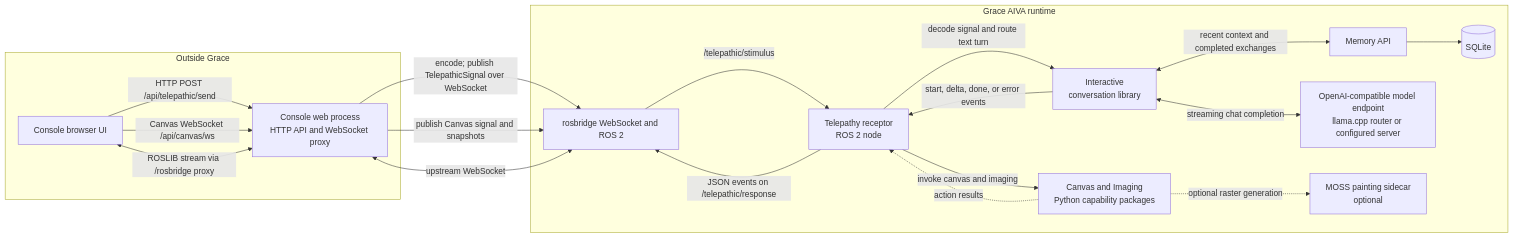
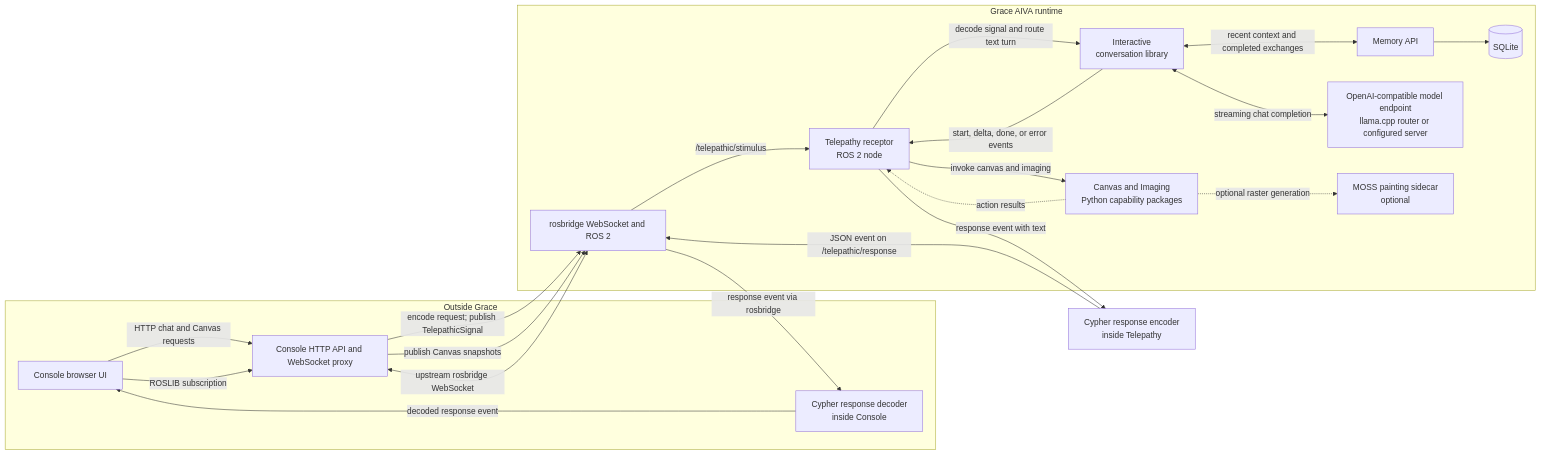
Before and after one commit to OppaAI/AGi: the first of 2 diagrams in docs/ARCHITECTURE.md, drawn with Mermaid. The commit also changed other lines of this file and 2 other files, not shown here.

Commit message:
docs: map encoded Telepathy response flow

````diff
--- a/docs/ARCHITECTURE.md
+++ b/docs/ARCHITECTURE.md
@@ -13,35 +15,38 @@
 ```mermaid
 flowchart LR
   subgraph Outside[Outside Grace]
     Browser[Console browser UI]
-    Console[Console web process<br/>HTTP API and WebSocket proxy]
+    Console[Console HTTP API and WebSocket proxy]
+    ResponseDecoder[Cypher response decoder<br/>inside Console]
   end
 
   subgraph Runtime[Grace AIVA runtime]
     Bridge[rosbridge WebSocket and ROS 2]
     Receptor[Telepathy receptor<br/>ROS 2 node]
     Interactive[Interactive<br/>conversation library]
     Memory[Memory API]
     DB[(SQLite)]
     Model[OpenAI-compatible model endpoint<br/>llama.cpp router or configured server]
     Capabilities[Canvas and Imaging<br/>Python capability packages]
     Painter[MOSS painting sidecar<br/>optional]
   end
 
-  Browser -->|HTTP POST /api/telepathic/send| Console
-  Console -->|encode; publish TelepathicSignal over WebSocket| Bridge
-  Browser -->|Canvas WebSocket /api/canvas/ws| Console
-  Console -->|publish Canvas signal and snapshots| Bridge
-  Browser <-->|ROSLIB stream via /rosbridge proxy| Console
-  Console <-->|upstream WebSocket| Bridge
+  Browser -->|HTTP chat and Canvas requests| Console
+  Console -->|encode request; publish TelepathicSignal| Bridge
+  Console -->|publish Canvas snapshots| Bridge
+  Browser -->|ROSLIB subscription| Console
+  Console <-->|upstream rosbridge WebSocket| Bridge
+  ResponseDecoder -->|decoded response event| Browser
   Bridge -->|/telepathic/stimulus| Receptor
   Receptor -->|decode signal and route text turn| Interactive
   Interactive <-->|recent context and completed exchanges| Memory
   Memory --> DB
   Interactive <-->|streaming chat completion| Model
   Receptor -->|invoke canvas and imaging| Capabilities
   Capabilities -. optional raster generation .-> Painter
   Interactive -->|start, delta, done, or error events| Receptor
   Capabilities -. action results .-> Receptor
-  Receptor -->|JSON events on /telepathic/response| Bridge
+  Receptor -->|response event with text| ResponseEncoder[Cypher response encoder<br/>inside Telepathy]
+  ResponseEncoder -->|JSON event on /telepathic/response| Bridge
+  Bridge -->|response event via rosbridge| ResponseDecoder
 ```
````
